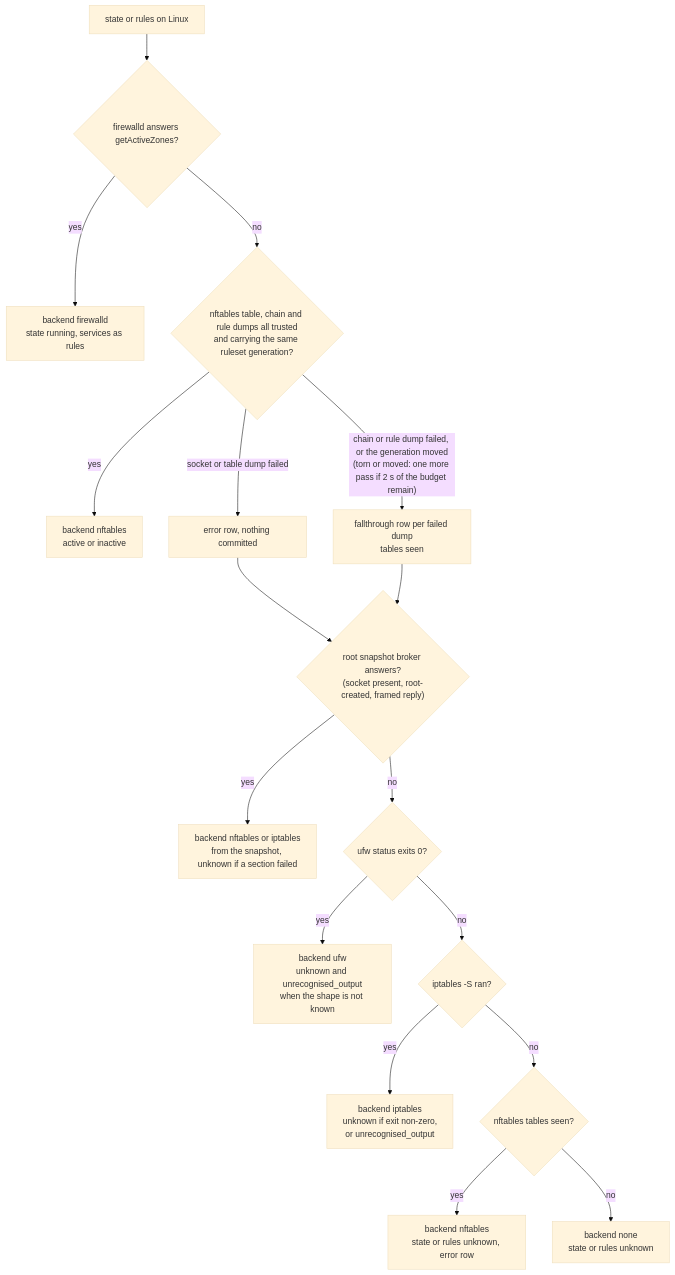
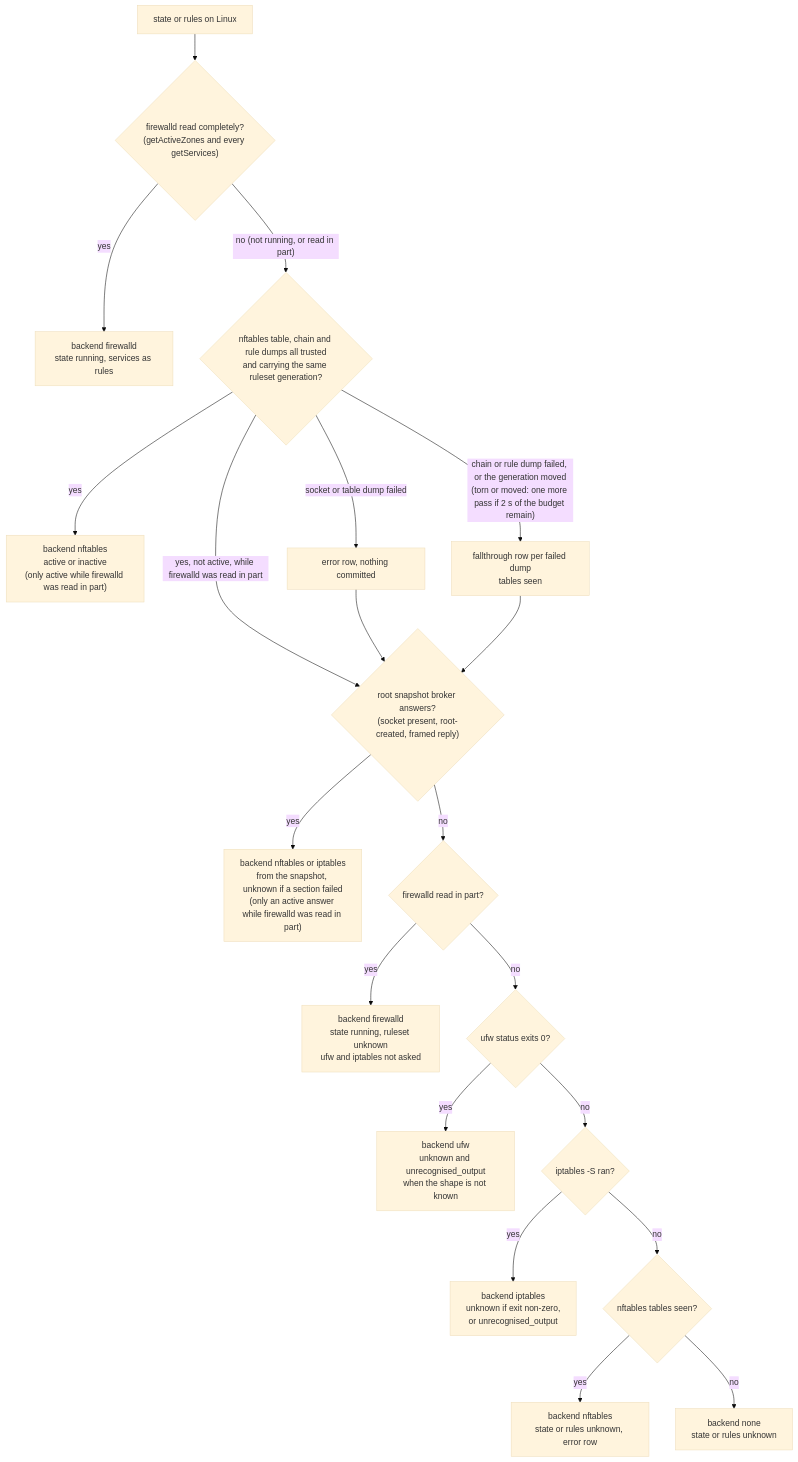
The third of 4 diagrams in agents/plugins/firewall/README.md (DevNullLtd/Yuzu), drawn with Mermaid (base theme) before and after one commit. The commit also changed other lines of this file and 25 other files, not shown here.

````diff
--- a/agents/plugins/firewall/README.md
+++ b/agents/plugins/firewall/README.md
@@ -93,19 +95,22 @@
 ```mermaid
 flowchart TD
-  S["state or rules on Linux"] --> F{"firewalld answers getActiveZones?"}
+  S["state or rules on Linux"] --> F{"firewalld read completely?<br/>(getActiveZones and every getServices)"}
   F -- "yes" --> FD["backend firewalld<br/>state running, services as rules"]
-  F -- "no" --> N{"nftables table, chain and rule dumps all trusted<br/>and carrying the same ruleset generation?"}
-  N -- "yes" --> ND["backend nftables<br/>active or inactive"]
+  F -- "no (not running, or read in part)" --> N{"nftables table, chain and rule dumps all trusted<br/>and carrying the same ruleset generation?"}
+  N -- "yes" --> ND["backend nftables<br/>active or inactive<br/>(only active while firewalld was read in part)"]
+  N -- "yes, not active, while firewalld was read in part" --> B
   N -- "socket or table dump failed" --> E1["error row, nothing committed"]
   N -- "chain or rule dump failed, or the generation moved<br/>(torn or moved: one more pass if 2 s of the budget remain)" --> FT["fallthrough row per failed dump<br/>tables seen"]
   E1 --> B{"root snapshot broker answers?<br/>(socket present, root-created, framed reply)"}
   FT --> B
-  B -- "yes" --> BD["backend nftables or iptables<br/>from the snapshot, unknown if a section failed"]
-  B -- "no" --> U{"ufw status exits 0?"}
+  B -- "yes" --> BD["backend nftables or iptables<br/>from the snapshot, unknown if a section failed<br/>(only an active answer while firewalld was read in part)"]
+  B -- "no" --> H{"firewalld read in part?"}
+  H -- "yes" --> FH["backend firewalld<br/>state running, ruleset unknown<br/>ufw and iptables not asked"]
+  H -- "no" --> U{"ufw status exits 0?"}
   U -- "yes" --> UD["backend ufw<br/>unknown and unrecognised_output<br/>when the shape is not known"]
   U -- "no" --> I{"iptables -S ran?"}
   I -- "yes" --> ID["backend iptables<br/>unknown if exit non-zero,<br/>or unrecognised_output"]
   I -- "no" --> X{"nftables tables seen?"}
   X -- "yes" --> NU["backend nftables<br/>state or rules unknown, error row"]
   X -- "no" --> NONE["backend none<br/>state or rules unknown"]
 ```
````
